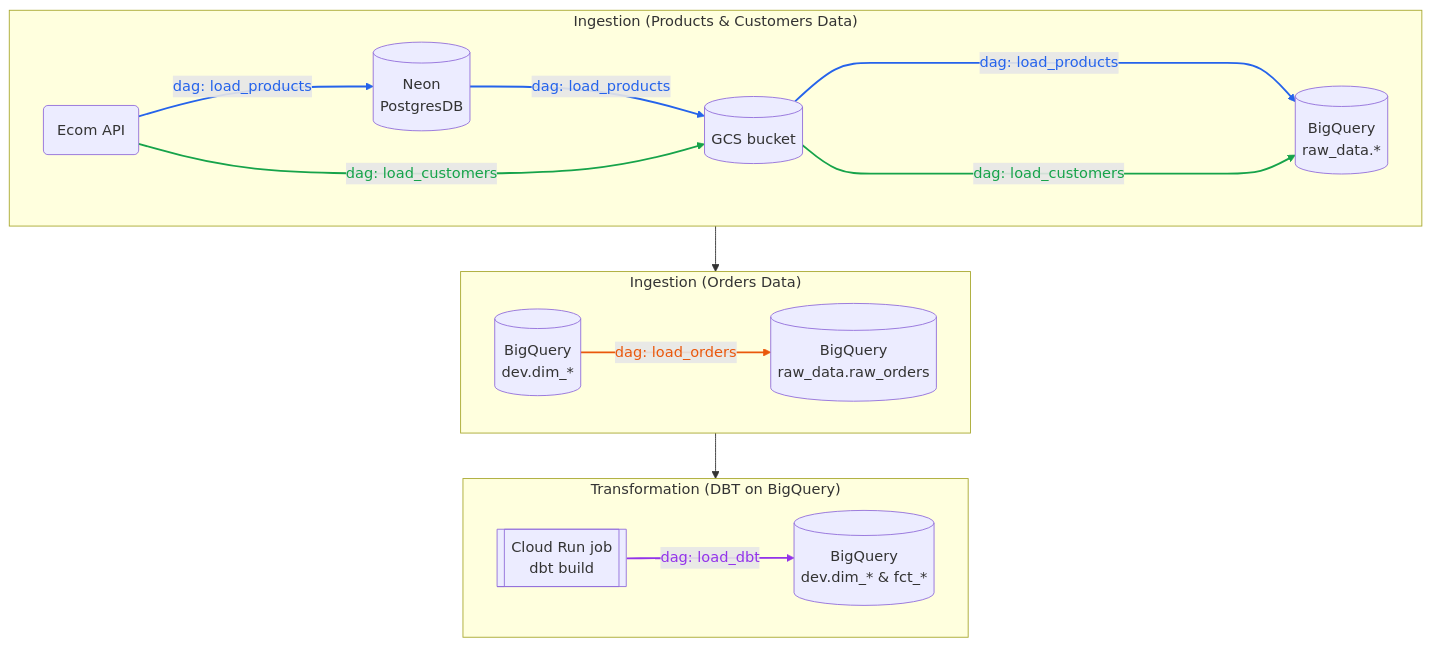
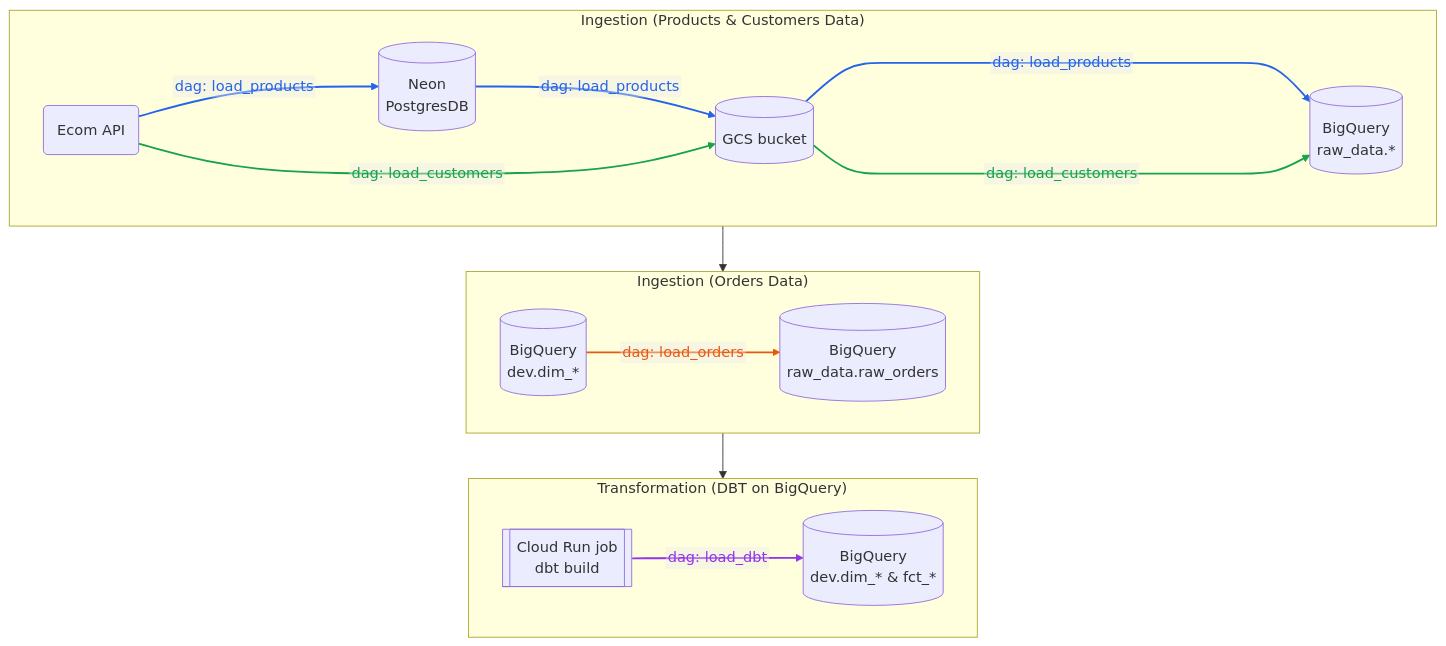
Before and after one commit to candychen00/faker-ecom-project__airflow_dbt: the first of 5 diagrams in airflow/README.md, drawn with Mermaid.

Commit message:
Add af readme v6

````diff
--- a/airflow/README.md
+++ b/airflow/README.md
@@ -31,40 +31,41 @@
 ```mermaid
+%%{init: {"flowchart": {"htmlLabels": false}}}%%
 flowchart TB
     subgraph ROW1["Ingestion (Products & Customers Data)"]
         direction LR
         API(Ecom API)
         PG[(Neon<br>PostgresDB)]
         GCS[(GCS bucket)]
         RAW[(BigQuery<br/>raw_data.*)]
     end
 
     subgraph ROW2["Ingestion (Orders Data)"]
         direction LR
         BQ_DIM[(BigQuery<br>dev.dim_*)]
         BQ_FCT[(BigQuery<br>raw_data.raw_orders)]
     end
 
     subgraph ROW3["Transformation (DBT on BigQuery)"]
         direction LR
         DBT[[Cloud Run job<br>dbt build]]
         DEV[(BigQuery<br/>dev.dim_* & fct_*)]
     end
 
     API -- dag: load_products --> PG
     PG -- dag: load_products --> GCS
     API -- dag: load_customers --> GCS
     GCS -- dag: load_products ------> RAW
     GCS -- dag: load_customers ------> RAW
 
     BQ_DIM -- dag: load_orders --> BQ_FCT
 
     DBT -- dag: load_dbt --> DEV
 
     ROW1 --> ROW2 --> ROW3
 
     %% Edge indices follow declaration order (0-based)
     linkStyle 0,1,3 stroke:#2563eb,stroke-width:2px,color:#2563eb
     linkStyle 2,4 stroke:#16a34a,stroke-width:2px,color:#16a34a
     linkStyle 5 stroke:#ea580c,stroke-width:2px,color:#ea580c
     linkStyle 6 stroke:#9333ea,stroke-width:2px,color:#9333ea
 ```
````
